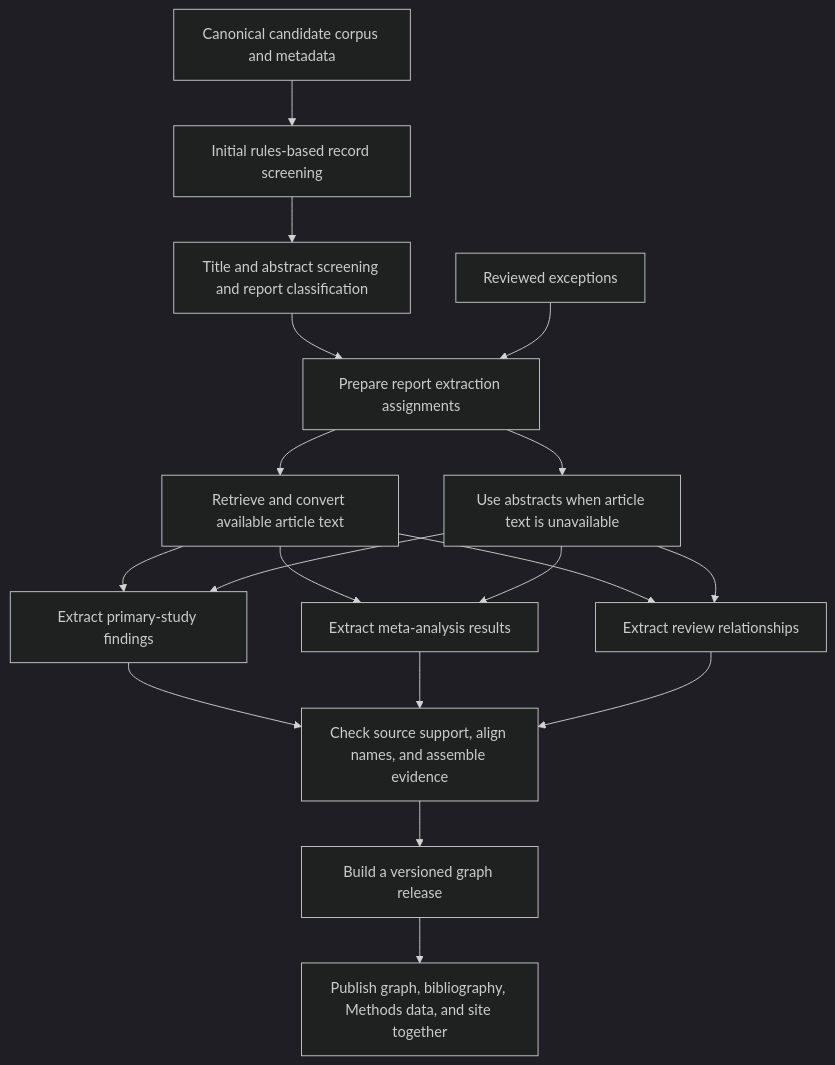
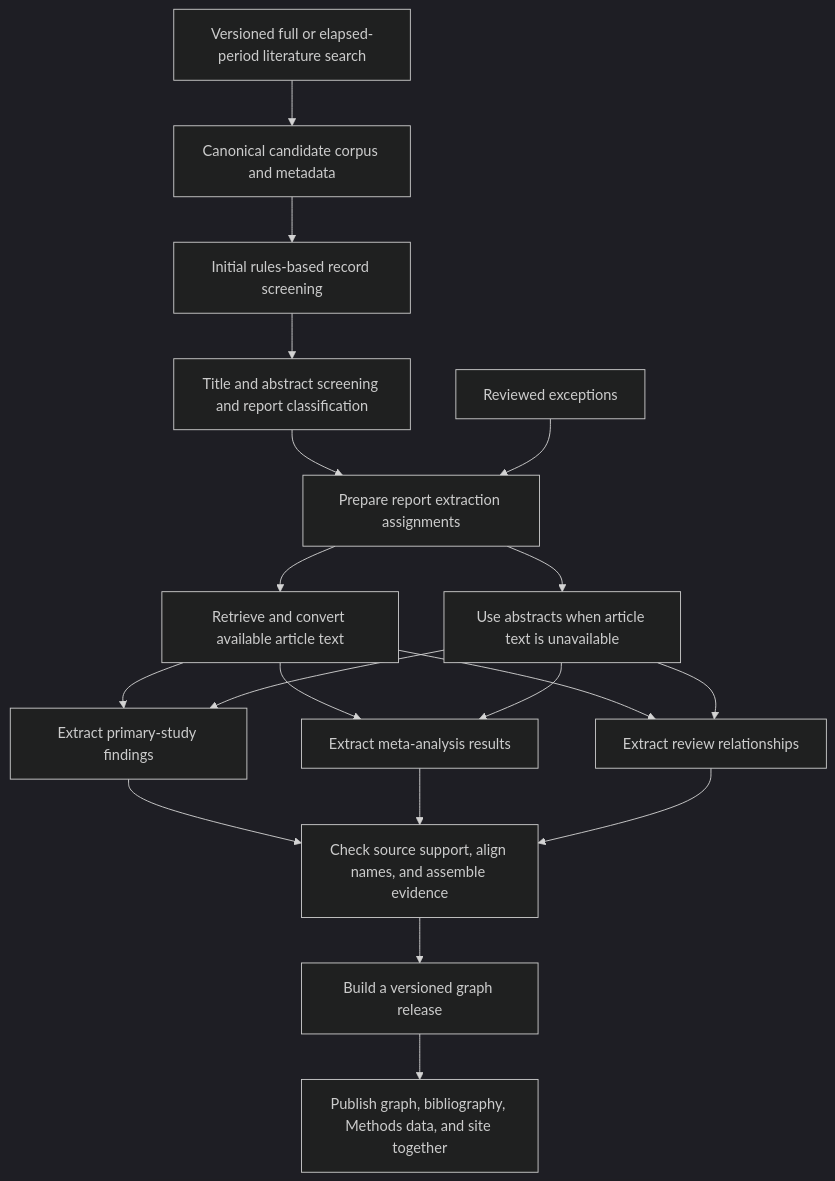
The diagram in pipeline/README.md (povilaskarvelis/psychedelics_knowledge_graph), drawn with Mermaid (dark theme) before and after one commit. The commit also changed other lines of this file and 38 other files, not shown here.

Commit message:
Build living literature search and prescreen pipeline

````diff
--- a/pipeline/README.md
+++ b/pipeline/README.md
@@ -15,21 +15,23 @@
 ```mermaid
 flowchart TD
+  S["Versioned full or elapsed-period literature search"]
   C["Canonical candidate corpus and metadata"]
+  S --> C
   C --> D["Initial rules-based record screening"]
   D --> E["Title and abstract screening and report classification"]
   E --> F["Prepare report extraction assignments"]
   G["Reviewed exceptions"] --> F
   F --> H["Retrieve and convert available article text"]
   F --> I["Use abstracts when article text is unavailable"]
   H --> J["Extract primary-study findings"]
   H --> K["Extract meta-analysis results"]
   H --> L["Extract review relationships"]
   I --> J
   I --> K
   I --> L
   J --> M["Check source support, align names, and assemble evidence"]
   K --> M
   L --> M
   M --> N["Build a versioned graph release"]
   N --> O["Publish graph, bibliography, Methods data, and site together"]
 ```
````
